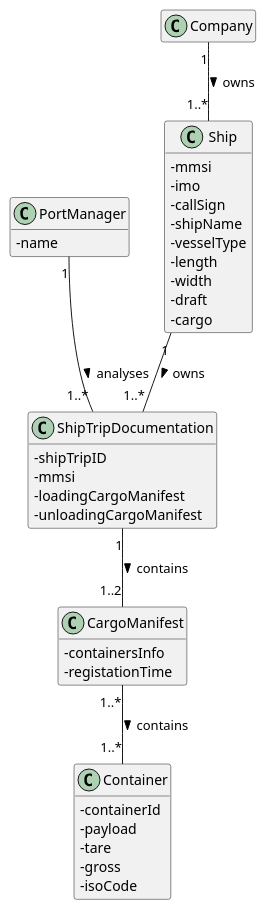
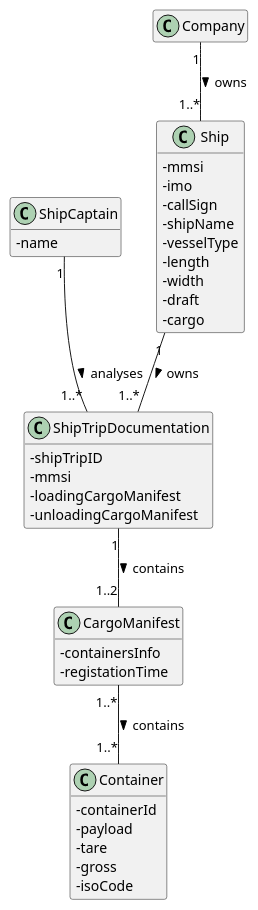
Before and after one commit to ana-albergaria/LAPR3-ISEP: the diagram in docs/US209/US_209_DM.puml, drawn with PlantUML. The commit also changed 4 other files, not shown here.

```diff
--- a/docs/US209/US_209_DM.puml
+++ b/docs/US209/US_209_DM.puml
@@ -1,51 +1,51 @@
 @startuml
 'https://plantuml.com/class-diagram
 hide empty methods
 hide empty attributes
 skinparam classAttributeIconSize 0
 
-class PortManager{
+class ShipCaptain{
     -name
 }
 
 class Company{}
 
 class Ship {
     -mmsi
     -imo
     -callSign
     -shipName
     -vesselType
     -length
     -width
     -draft
     -cargo
 }
 
 class CargoManifest{
     -containersInfo
     -registationTime
 }
 
 class ShipTripDocumentation{
     -shipTripID
     -mmsi
     -loadingCargoManifest
     -unloadingCargoManifest
 }
 
 class Container{
     -containerId
     -payload
     -tare
     -gross
     -isoCode
 }
 
-PortManager "1" -- "1..*" ShipTripDocumentation : analyses >
+ShipCaptain "1" -- "1..*" ShipTripDocumentation : analyses >
 Company "1" -- "1..*" Ship : owns >
 Ship "1" -- "1..*" ShipTripDocumentation : owns >
 CargoManifest "1..*" -- "1..*" Container : contains >
 ShipTripDocumentation "1" -- "1..2" CargoManifest : contains >
 
 @enduml
```
